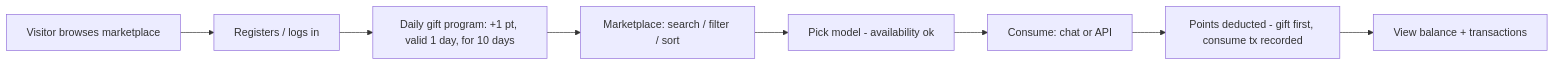
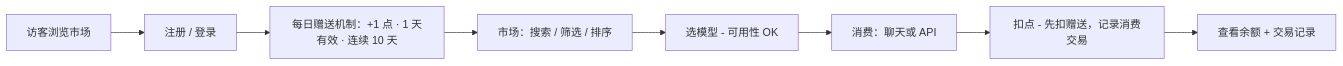
Before and after one commit to argszero/aitokenpool: the second of 6 diagrams in docs/user-stories.md, drawn with Mermaid. The commit also changed other lines of this file, not shown here.

````diff
--- a/docs/user-stories.md
+++ b/docs/user-stories.md
@@ -108,10 +111,10 @@
 ```mermaid
 flowchart LR
-  A[Visitor browses marketplace] --> B[Registers / logs in]
-  B --> C[Daily gift program: +1 pt, valid 1 day, for 10 days]
-  C --> D[Marketplace: search / filter / sort]
-  D --> E[Pick model - availability ok]
-  E --> F[Consume: chat or API]
-  F --> G[Points deducted - gift first, consume tx recorded]
-  G --> H[View balance + transactions]
+  A[访客浏览市场] --> B[注册 / 登录]
+  B --> C[每日赠送机制：+1 点 · 1 天有效 · 连续 10 天]
+  C --> D[市场：搜索 / 筛选 / 排序]
+  D --> E[选模型 - 可用性 OK]
+  E --> F[消费：聊天或 API]
+  F --> G[扣点 - 先扣赠送，记录消费交易]
+  G --> H[查看余额 + 交易记录]
 ```
````
